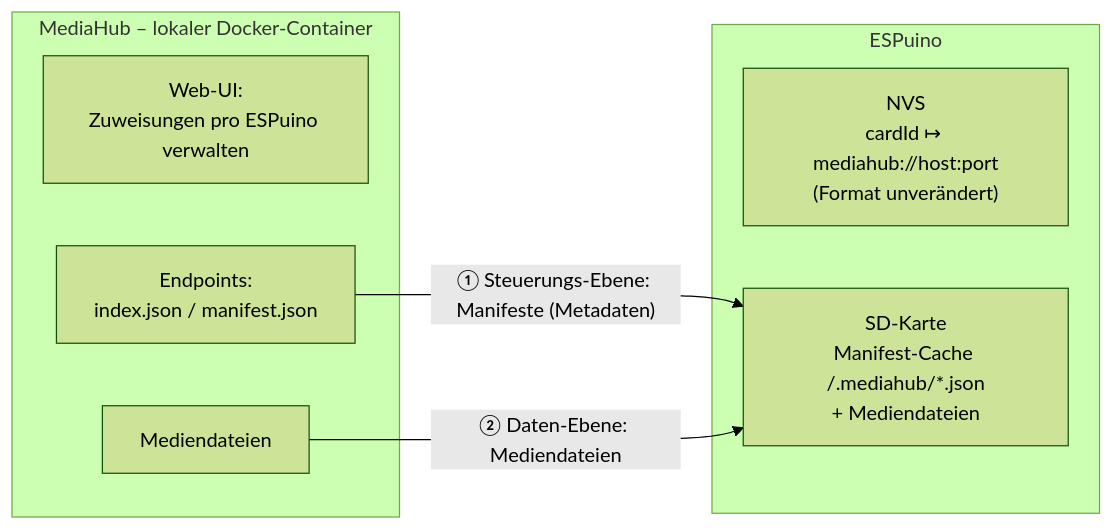
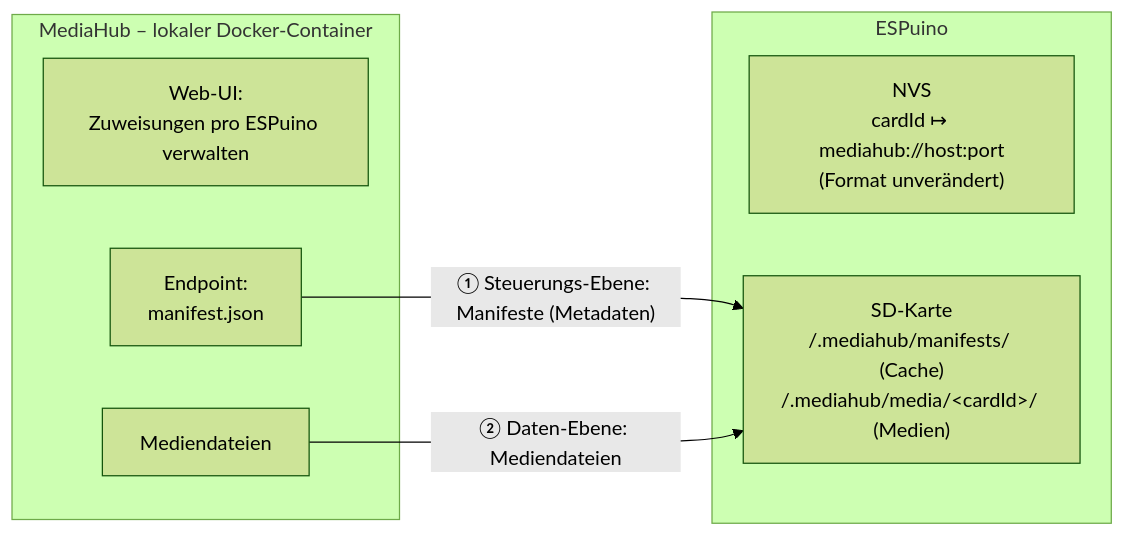
The first of 2 diagrams in mediahub-konzept.md (biologist79/ESPuino), drawn with Mermaid (forest theme) before and after one commit. The commit also changed other lines of this file, not shown here.

First line of the commit message:
MediaHub concept: storage layout B, delete cascade, lazy update

````diff
--- a/mediahub-konzept.md
+++ b/mediahub-konzept.md
@@ -38,16 +39,16 @@
 ```mermaid
 flowchart LR
     subgraph HUB["MediaHub – lokaler Docker-Container"]
         WUI["Web-UI:<br/>Zuweisungen pro ESPuino verwalten"]
-        API["Endpoints:<br/>index.json / manifest.json"]
+        API["Endpoint:<br/>manifest.json"]
         MED["Mediendateien"]
     end
 
     subgraph ESP["ESPuino"]
         NVS["NVS<br/>cardId ↦ mediahub://host:port<br/>(Format unverändert)"]
-        SD["SD-Karte<br/>Manifest-Cache /.mediahub/*.json<br/>+ Mediendateien"]
+        SD["SD-Karte<br/>/.mediahub/manifests/ (Cache)<br/>/.mediahub/media/&lt;cardId&gt;/ (Medien)"]
     end
 
     API -->|"① Steuerungs-Ebene: Manifeste (Metadaten)"| SD
     MED -->|"② Daten-Ebene: Mediendateien"| SD
 ```
````
